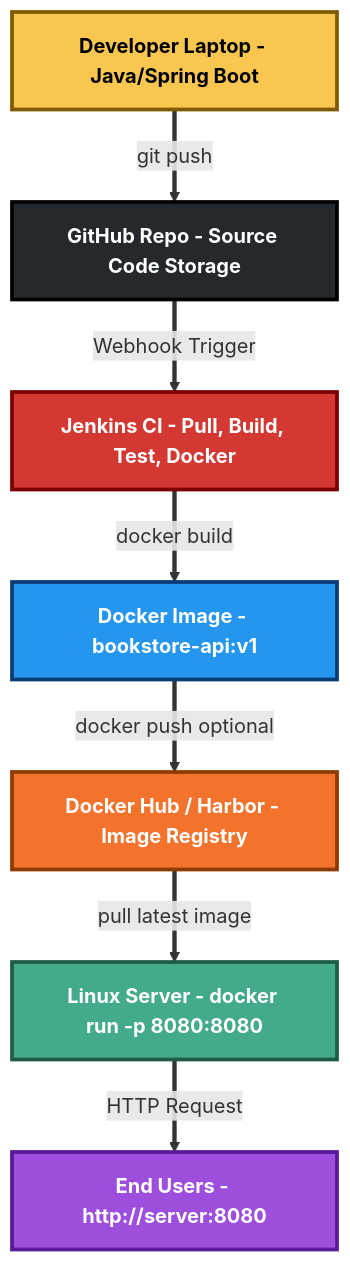
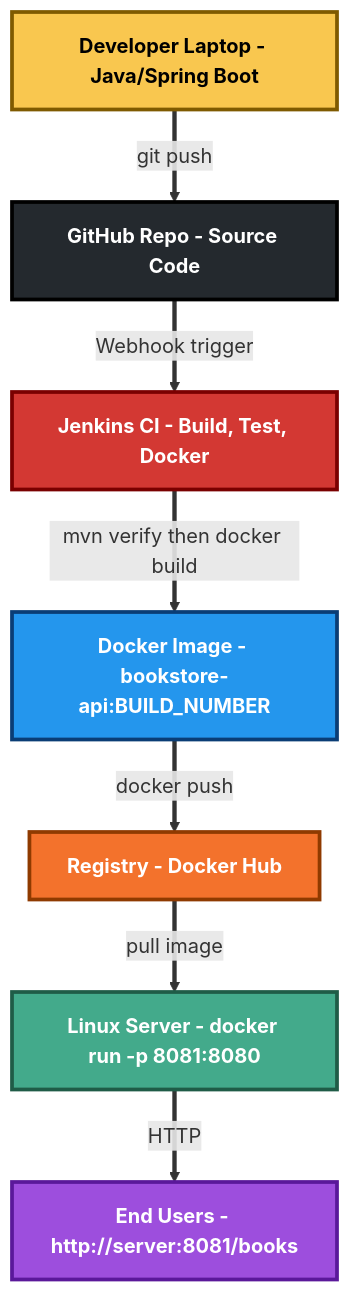
One commit to yashasravi21/bookstore-api changed the diagram in README.md. Above: the diagram before and after it, drawn with Mermaid. The commit also changed other lines of this file and 9 other files, not shown here.

Commit message:
Add unit tests, actuator health endpoint, multi-stage Docker build and CI

````diff
--- a/README.md
+++ b/README.md
@@ -3,33 +43,33 @@
 ```mermaid
 flowchart TD
     A["Developer Laptop - Java/Spring Boot"]
-    B["GitHub Repo - Source Code Storage"]
-    C["Jenkins CI - Pull, Build, Test, Docker"]
-    D["Docker Image - bookstore-api:v1"]
-    E["Docker Hub / Harbor - Image Registry"]
-    F["Linux Server - docker run -p 8080:8080"]
-    G["End Users - http://server:8080"]
+    B["GitHub Repo - Source Code"]
+    C["Jenkins CI - Build, Test, Docker"]
+    D["Docker Image - bookstore-api:BUILD_NUMBER"]
+    E["Registry - Docker Hub"]
+    F["Linux Server - docker run -p 8081:8080"]
+    G["End Users - http://server:8081/books"]
 
     A ==>|git push| B
-    B ==>|Webhook Trigger| C
-    C ==>|docker build| D
-    D ==>|docker push optional| E
-    E ==>|pull latest image| F
-    F ==>|HTTP Request| G
+    B ==>|Webhook trigger| C
+    C ==>|mvn verify then docker build| D
+    D ==>|docker push| E
+    E ==>|pull image| F
+    F ==>|HTTP| G
 
     classDef dev fill:#f9c74f,stroke:#7f5a00,stroke-width:3px,color:#000,font-weight:bold
     classDef github fill:#24292e,stroke:#000,stroke-width:3px,color:#fff,font-weight:bold
     classDef jenkins fill:#d33833,stroke:#7a0000,stroke-width:3px,color:#fff,font-weight:bold
     classDef docker fill:#2496ed,stroke:#0a3d75,stroke-width:3px,color:#fff,font-weight:bold
     classDef registry fill:#f3722c,stroke:#8f3a00,stroke-width:3px,color:#fff,font-weight:bold
     classDef server fill:#43aa8b,stroke:#1f5c47,stroke-width:3px,color:#fff,font-weight:bold
     classDef users fill:#9d4edd,stroke:#5a189a,stroke-width:3px,color:#fff,font-weight:bold
 
     class A dev
     class B github
     class C jenkins
     class D docker
     class E registry
     class F server
     class G users
 ```
````
